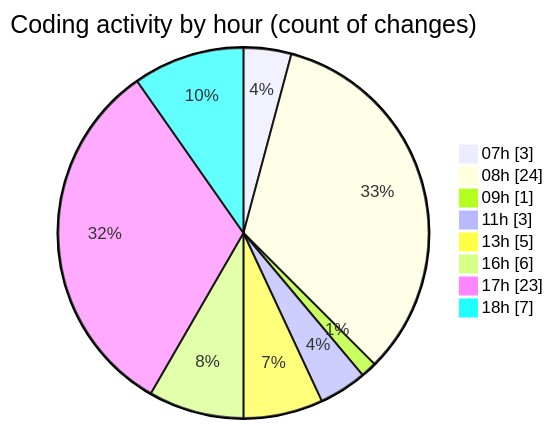
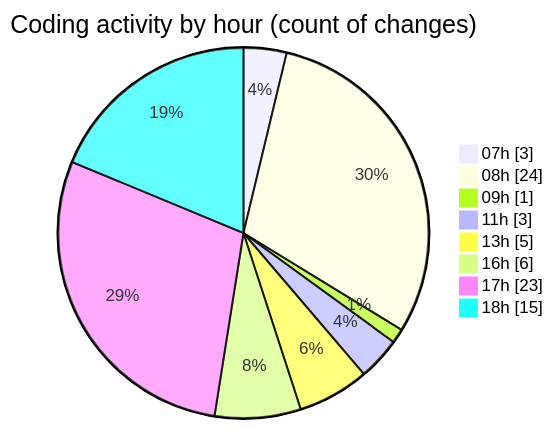
Before and after one commit to becaeroporto-bot/code-tracking: the second of 2 diagrams in 2026-02-20/bot_i_a/README.md, drawn with Mermaid. The commit also changed other lines of this file and 1 other file, not shown here.

````diff
--- a/2026-02-20/bot_i_a/README.md
+++ b/2026-02-20/bot_i_a/README.md
@@ -53,12 +55,12 @@
 ```mermaid
 pie showData
 title Coding activity by hour (count of changes)
 "07h" : 3
 "08h" : 24
 "09h" : 1
 "11h" : 3
 "13h" : 5
 "16h" : 6
 "17h" : 23
-"18h" : 7
+"18h" : 15
 ```
````
